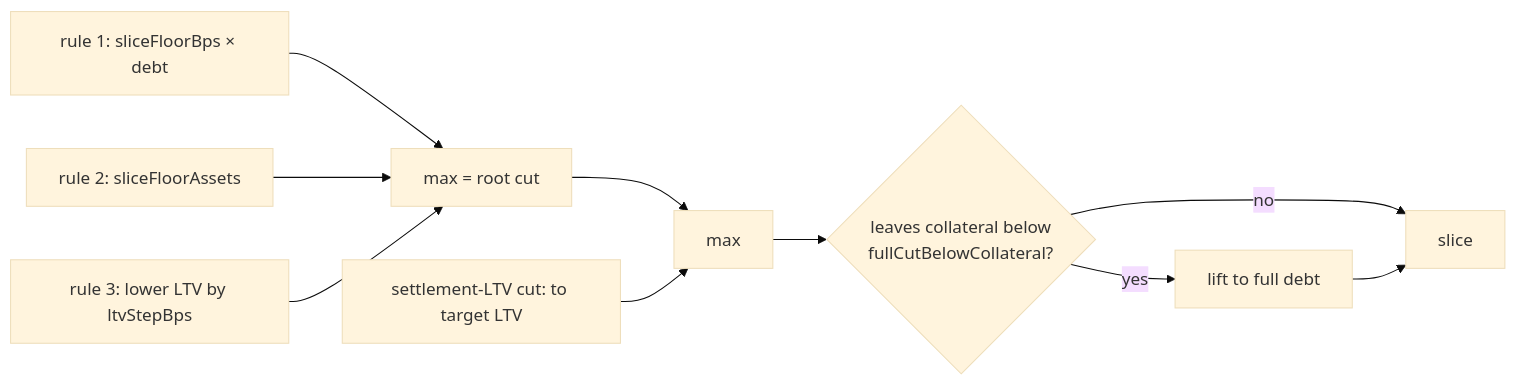
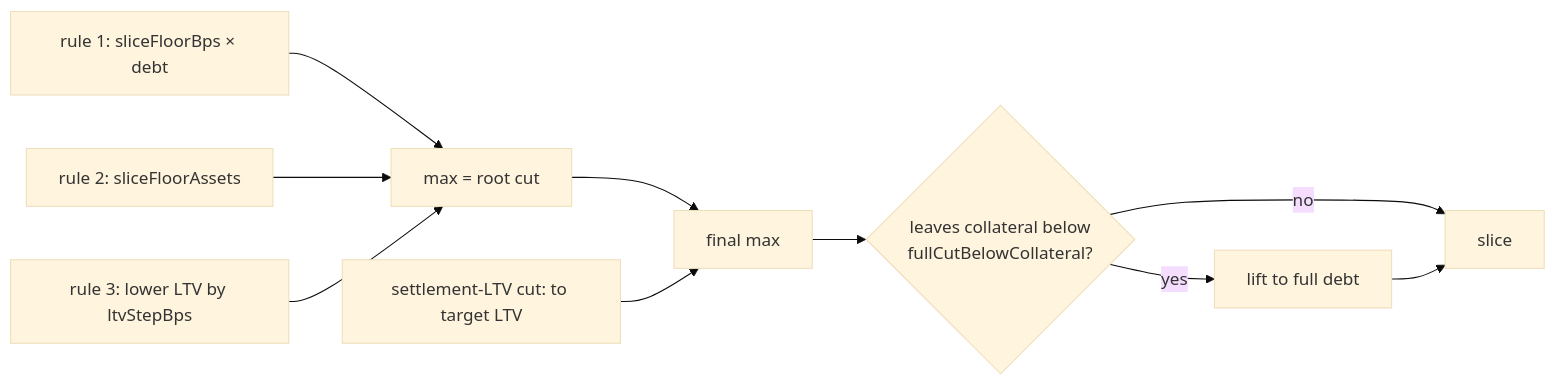
Before and after one commit to lidofinance/lend-markets: the third of 3 diagrams in docs/specs/architecture.md, drawn with Mermaid (base theme). The commit also changed other lines of this file and 8 other files, not shown here.

````diff
--- a/docs/specs/architecture.md
+++ b/docs/specs/architecture.md
@@ -236,12 +234,12 @@
 ```mermaid
 flowchart LR
     A["rule 1: sliceFloorBps × debt"] --> MR[max = root cut]
     B["rule 2: sliceFloorAssets"] --> MR
     C["rule 3: lower LTV by ltvStepBps"] --> MR
-    MR --> MA[max]
+    MR --> MA[final max]
     WM["settlement-LTV cut: to target LTV"] --> MA
     MA --> SW{leaves collateral below<br/>fullCutBelowCollateral?}
     SW -->|yes| FD[lift to full debt]
     SW -->|no| OUT[slice]
     FD --> OUT
 ```
````
